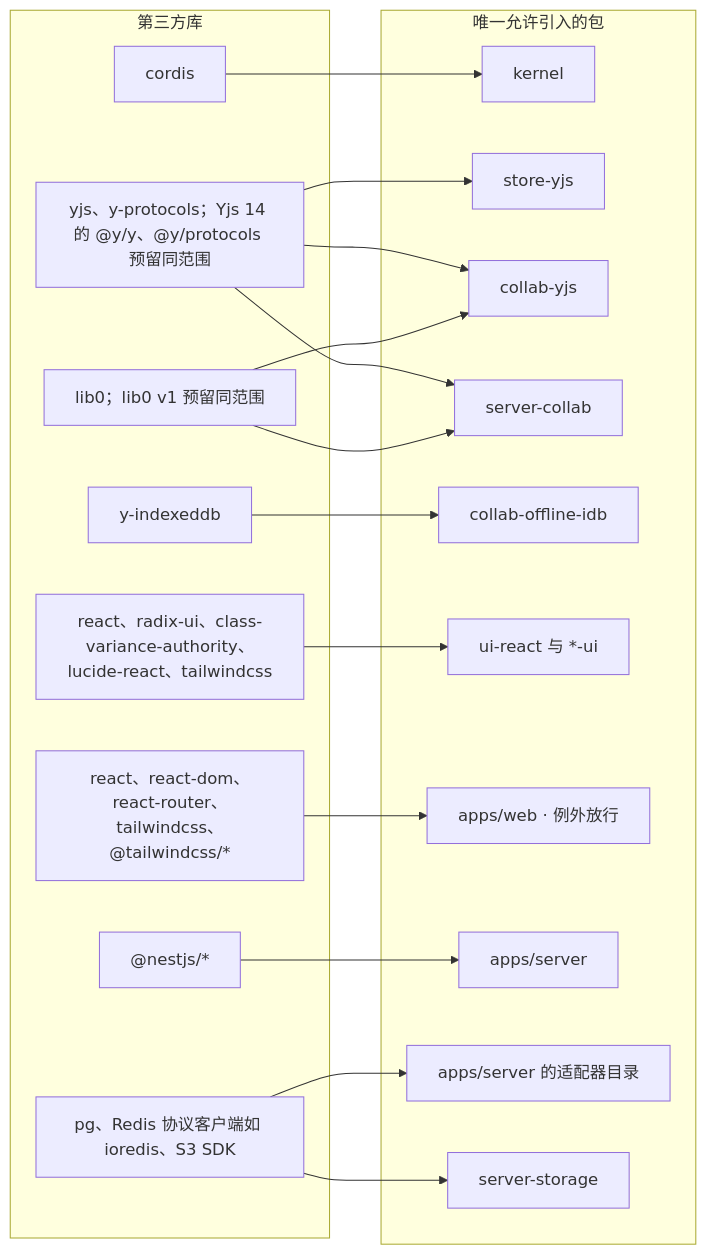
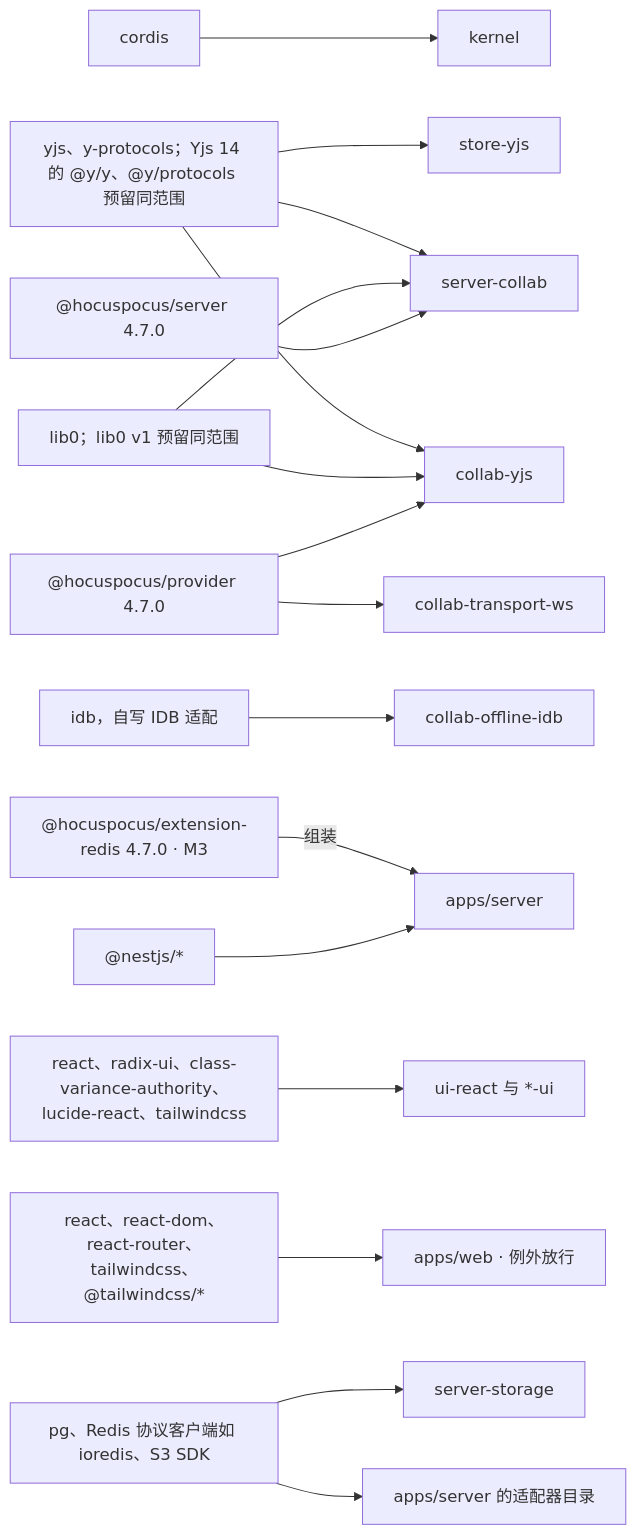
Before and after one commit to Xeonice/cordis-ppt-editor: diagram 18 of 20 in docs/00-charter/charter.md, drawn with Mermaid. The commit also changed other lines of this file and 78 other files, not shown here.

````diff
--- a/docs/00-charter/charter.md
+++ b/docs/00-charter/charter.md
@@ -656,37 +698,41 @@
 ```mermaid
 flowchart LR
-  subgraph libs["第三方库"]
-    cordis["cordis"]
-    yjs["yjs、y-protocols；Yjs 14 的 @y/y、@y/protocols 预留同范围"]
-    lib0["lib0；lib0 v1 预留同范围"]
-    yidb["y-indexeddb"]
-    uilibs["react、radix-ui、class-variance-authority、lucide-react、tailwindcss"]
-    weblibs["react、react-dom、react-router、tailwindcss、@tailwindcss/*"]
-    nest["@nestjs/*"]
-    io["pg、Redis 协议客户端如 ioredis、S3 SDK"]
-  end
-  subgraph pkgs["唯一允许引入的包"]
-    kernel["kernel"]
-    storeyjs["store-yjs"]
-    collabyjs["collab-yjs"]
-    servercollab["server-collab"]
-    collabidb["collab-offline-idb"]
-    uipkgs["ui-react 与 *-ui"]
-    appsweb["apps/web · 例外放行"]
-    appsserver["apps/server"]
-    adapters["apps/server 的适配器目录"]
-    serverstorage["server-storage"]
-  end
+  cordis["cordis"]
+  yjs["yjs、y-protocols；Yjs 14 的 @y/y、@y/protocols 预留同范围"]
+  lib0["lib0；lib0 v1 预留同范围"]
+  idb["idb，自写 IDB 适配"]
+  hpc["@hocuspocus/provider 4.7.0"]
+  hps["@hocuspocus/server 4.7.0"]
+  hpr["@hocuspocus/extension-redis 4.7.0 · M3"]
+  uilibs["react、radix-ui、class-variance-authority、lucide-react、tailwindcss"]
+  weblibs["react、react-dom、react-router、tailwindcss、@tailwindcss/*"]
+  nest["@nestjs/*"]
+  io["pg、Redis 协议客户端如 ioredis、S3 SDK"]
+  kernel["kernel"]
+  storeyjs["store-yjs"]
+  collabyjs["collab-yjs"]
+  servercollab["server-collab"]
+  collabidb["collab-offline-idb"]
+  collabws["collab-transport-ws"]
+  uipkgs["ui-react 与 *-ui"]
+  appsweb["apps/web · 例外放行"]
+  appsserver["apps/server"]
+  adapters["apps/server 的适配器目录"]
+  serverstorage["server-storage"]
   cordis --> kernel
   yjs --> storeyjs
   yjs --> collabyjs
   yjs --> servercollab
   lib0 --> collabyjs
   lib0 --> servercollab
-  yidb --> collabidb
+  idb --> collabidb
+  hpc --> collabyjs
+  hpc --> collabws
+  hps --> servercollab
+  hpr -->|"组装"| appsserver
   uilibs --> uipkgs
   weblibs --> appsweb
   nest --> appsserver
   io --> adapters
   io --> serverstorage
 ```
````
